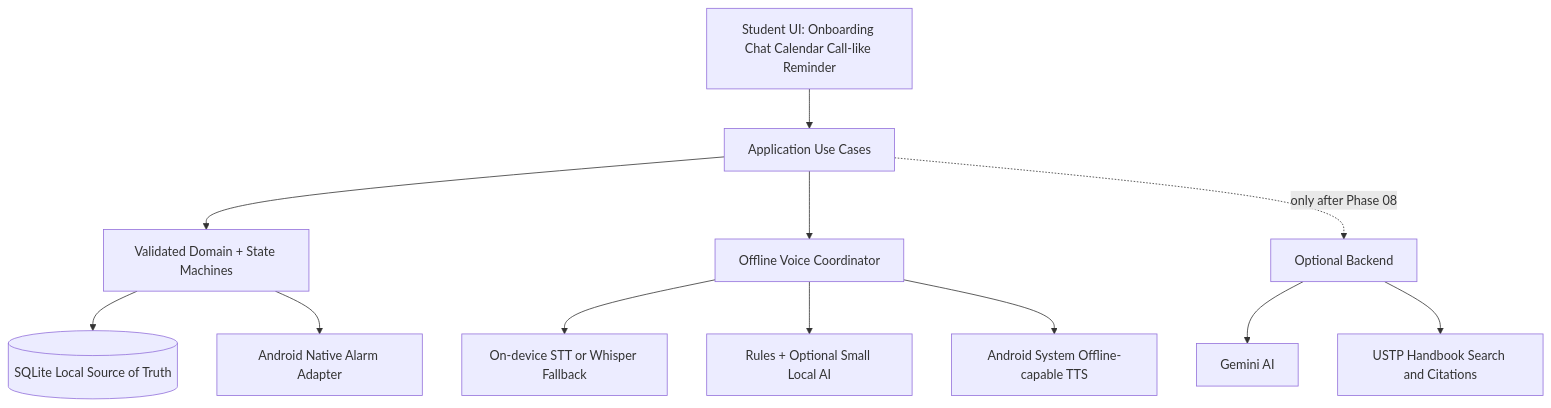
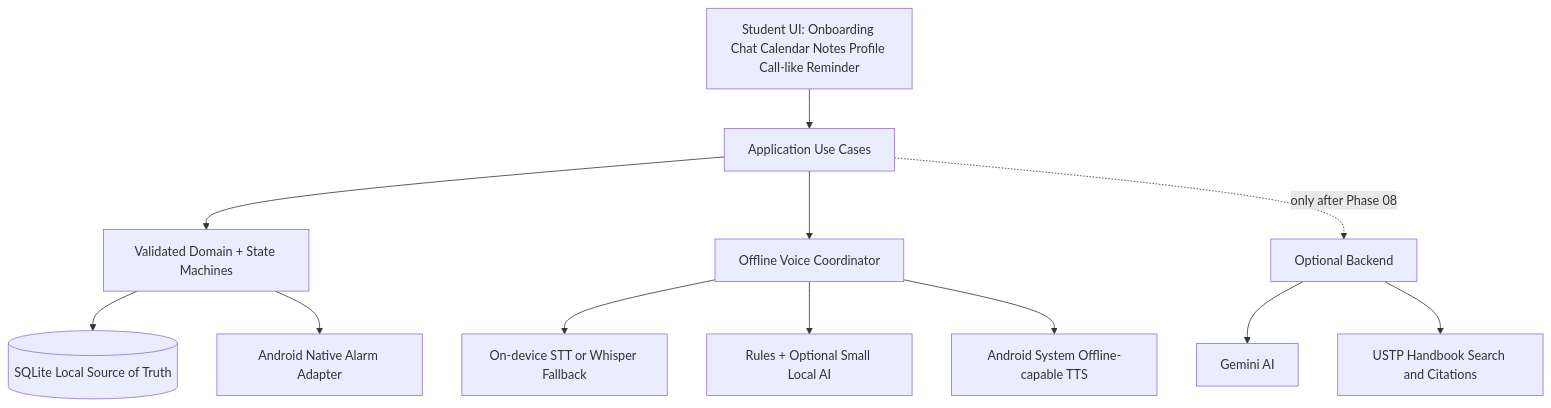
Before and after one commit to LAFINA-AI/LAFINA-CAPSTONE: the second of 2 diagrams in docs/02-ARCHITECTURE.md, drawn with Mermaid. The commit also changed other lines of this file and 99 other files, not shown here.

````diff
--- a/docs/02-ARCHITECTURE.md
+++ b/docs/02-ARCHITECTURE.md
@@ -185,14 +215,14 @@
 ```mermaid
 flowchart TD
-  UI[Student UI: Onboarding Chat Calendar Call-like Reminder] --> UC[Application Use Cases]
+  UI[Student UI: Onboarding Chat Calendar Notes Profile Call-like Reminder] --> UC[Application Use Cases]
   UC --> DOM[Validated Domain + State Machines]
   DOM --> DB[(SQLite Local Source of Truth)]
   DOM --> ALARM[Android Native Alarm Adapter]
   UC --> VOICE[Offline Voice Coordinator]
   VOICE --> STT[On-device STT or Whisper Fallback]
   VOICE --> INTENT[Rules + Optional Small Local AI]
   VOICE --> TTS[Android System Offline-capable TTS]
   UC -. only after Phase 08 .-> API[Optional Backend]
   API --> GEM[Gemini AI]
   API --> RAG[USTP Handbook Search and Citations]
 ```
````
